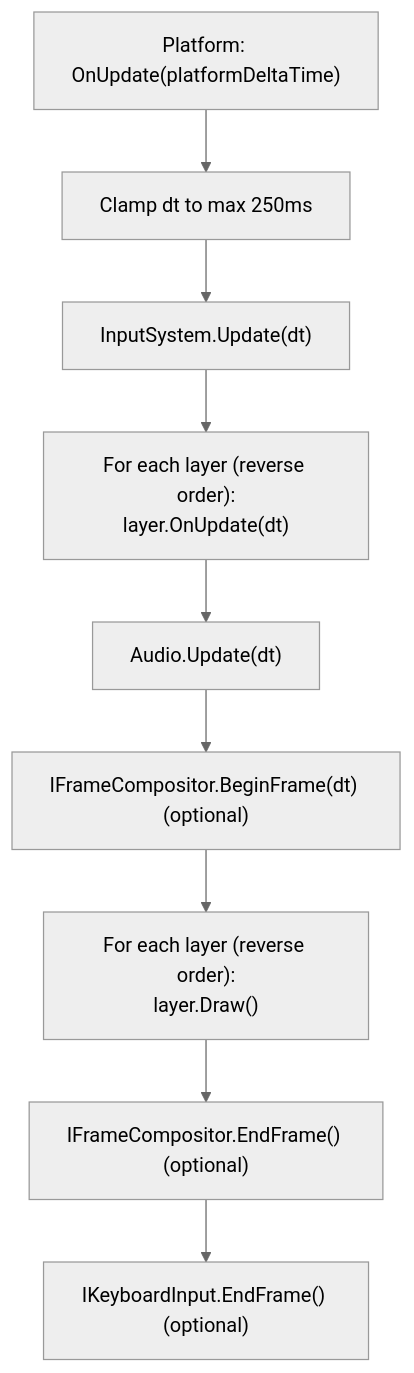
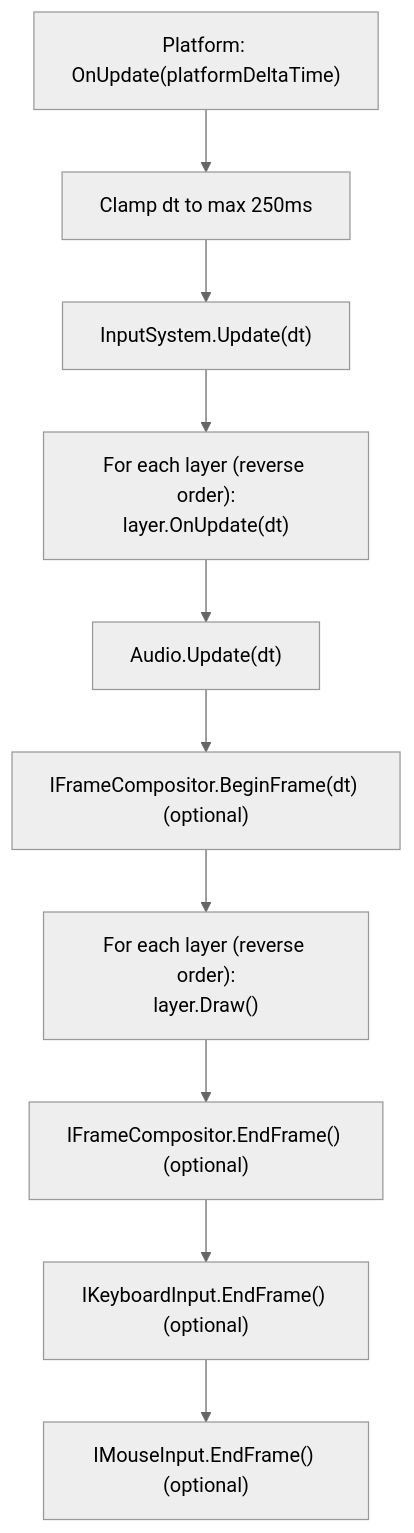
One commit to kateusz/GameEngine changed the third of 6 diagrams in docs/architecture/game-loop.md. Above: the diagram before and after it, drawn with Mermaid (neutral theme). The commit also changed other lines of this file and 31 other files, not shown here.

````diff
--- a/docs/architecture/game-loop.md
+++ b/docs/architecture/game-loop.md
@@ -162,11 +163,12 @@
 ```mermaid
 graph TD
     A["Platform: OnUpdate(platformDeltaTime)"] --> B["Clamp dt to max 250ms"]
     B --> C["InputSystem.Update(dt)"]
     C --> D["For each layer (reverse order):<br/>layer.OnUpdate(dt)"]
     D --> E["Audio.Update(dt)"]
     E --> F["IFrameCompositor.BeginFrame(dt) (optional)"]
     F --> G["For each layer (reverse order):<br/>layer.Draw()"]
     G --> H["IFrameCompositor.EndFrame() (optional)"]
     H --> I["IKeyboardInput.EndFrame() (optional)"]
+    I --> J["IMouseInput.EndFrame() (optional)"]
 ```
````
